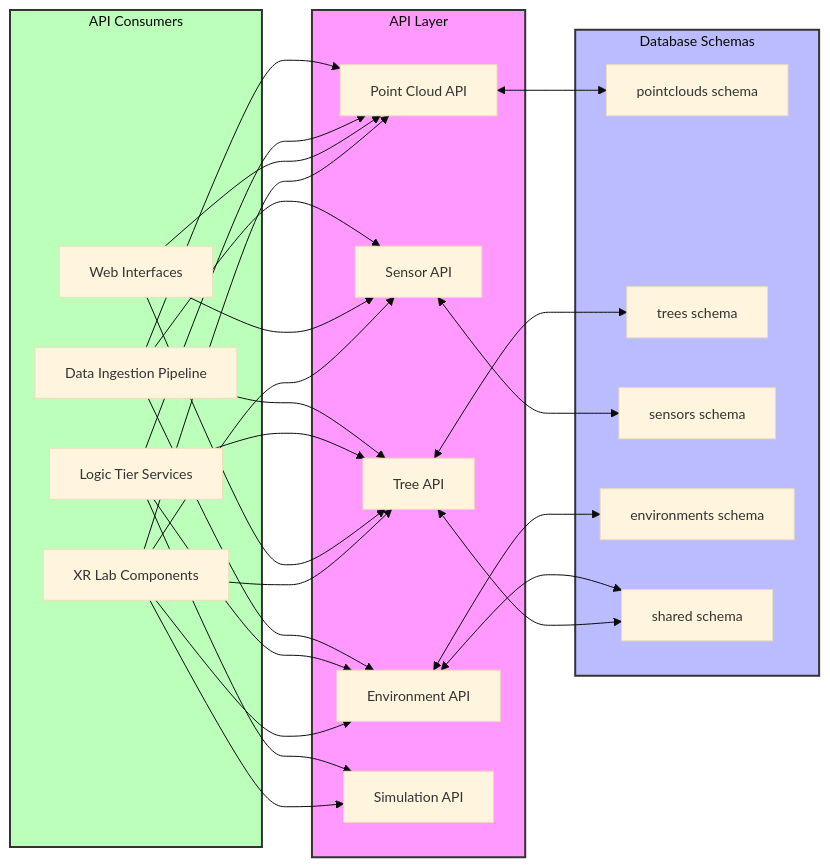
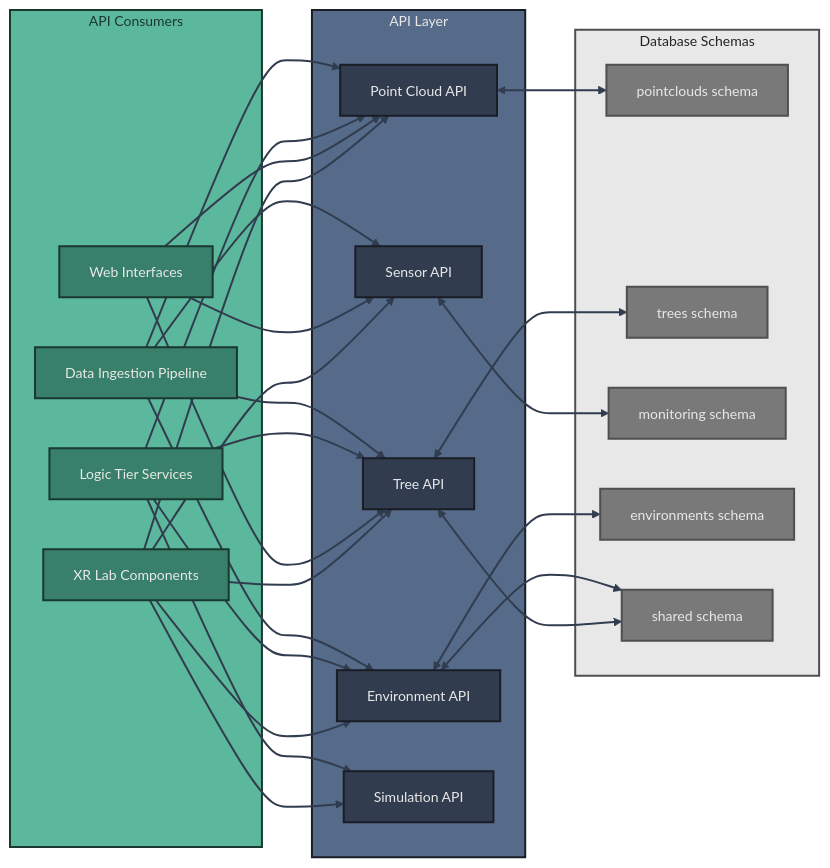
One commit to XRFutureForests/digital-twin-db changed the diagram in docs/architecture/api.md. Above: the diagram before and after it, drawn with Mermaid. The commit also changed 31 other files, not shown here.

````diff
--- a/docs/architecture/api.md
+++ b/docs/architecture/api.md
@@ -7,67 +7,78 @@
 ```mermaid
 %%{
 init: {
 'theme': 'base',
 'themeVariables': {
 'fontSize': '14px',
-'secondaryColor': '#d2d2d2'
+'secondaryColor': '#ababab'
 }
 }
 }%%
 flowchart LR
 
 subgraph API_LAYER["API Layer"]
 API1[Point Cloud API]
 API2[Tree API]
 API3[Sensor API]  
 API4[Environment API]
 API5[Simulation API]
 end
 
 subgraph SCHEMAS["Database Schemas"]
 SC1[pointclouds schema]
 SC2[trees schema]
-SC3[sensors schema]
+SC3[monitoring schema]
 SC4[environments schema]
 SC5[shared schema]
 end
 
 subgraph CONSUMERS["API Consumers"]
 C1[XR Lab Components]
 C2[Web Interfaces]
 C3[Logic Tier Services]
 C4[Data Ingestion Pipeline]
 end
 
 API1 <--> SC1
 API2 <--> SC2
 API3 <--> SC3
 API4 <--> SC4
 API2 <--> SC5
 API4 <--> SC5
 
 C1 --> API1
 C1 --> API2
 C1 --> API3
 C1 --> API4
 C1 --> API5
 C2 --> API1
 C2 --> API2
 C2 --> API3
 C3 --> API1
 C3 --> API2
 C3 --> API4
 C3 --> API5
 C4 --> API1
 C4 --> API2
 C4 --> API3
 C4 --> API4
 
-classDef apiLayer fill:#f9f,stroke:#333,stroke-width:2px
-classDef schemaLayer fill:#bbf,stroke:#333,stroke-width:2px
-classDef consumerLayer fill:#bfb,stroke:#333,stroke-width:2px
+%% Subgraph styling
+classDef apiLayer fill:#566b8a,stroke:#181d26,stroke-width:2px,color:#e8e8e8
+classDef schemaLayer fill:#e8e8e8,stroke:#4f4f4f,stroke-width:2px,color:#242424
+classDef consumerLayer fill:#5CB89C,stroke:#19392f,stroke-width:2px,color:#19392f
+
+%% Node styling
+classDef apiNode fill:#313D4F,stroke:#181d26,stroke-width:2px,color:#e8e8e8
+classDef schemaNode fill:#797979,stroke:#4f4f4f,stroke-width:2px,color:#e8e8e8
+classDef consumerNode fill:#38806a,stroke:#19392f,stroke-width:2px,color:#e8e8e8
 
 class API_LAYER apiLayer
+class API1,API2,API3,API4,API5 apiNode
 class SCHEMAS schemaLayer
+class SC1,SC2,SC3,SC4,SC5 schemaNode
 class CONSUMERS consumerLayer
+class C1,C2,C3,C4 consumerNode
+
+linkStyle 0,1,2,3,4,5,6,7,8,9,10,11,12,13,14,15,16,17,18,19,20,21 stroke:#313D4F,stroke-width:2px
 ```
````
